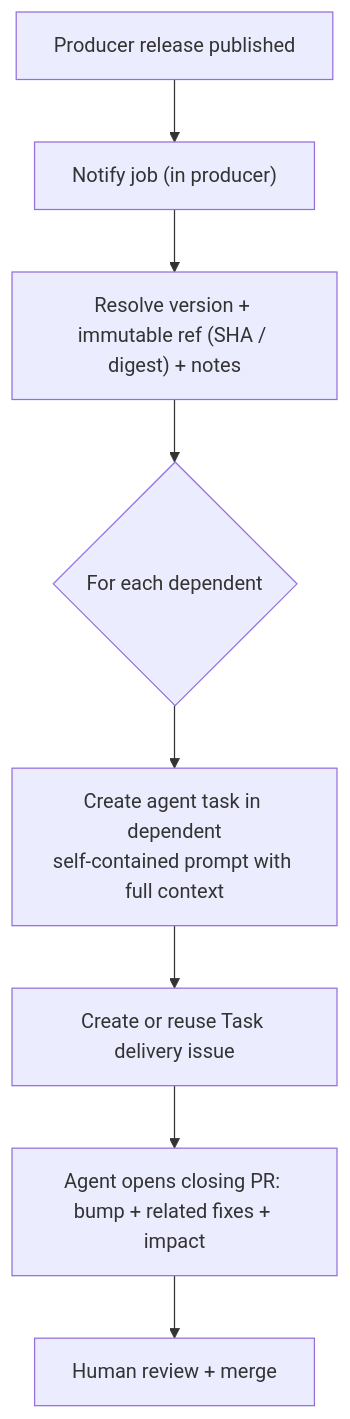
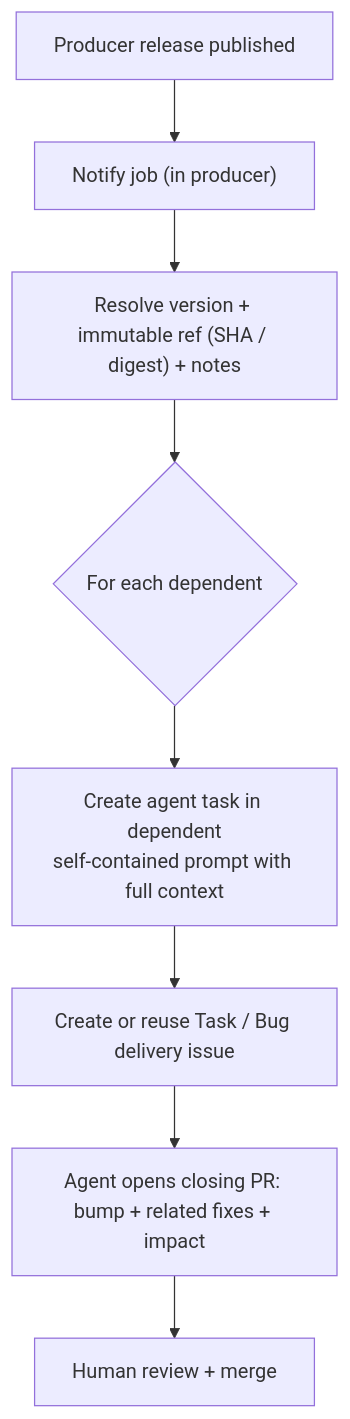
One commit to MSXOrg/docs changed the diagram in src/docs/Capabilities/downstream-release-propagation/design.md. Above: the diagram before and after it, drawn with Mermaid. The commit also changed other lines of this file and 4 other files, not shown here.

````diff
--- a/src/docs/Capabilities/downstream-release-propagation/design.md
+++ b/src/docs/Capabilities/downstream-release-propagation/design.md
@@ -16,10 +16,10 @@
 ```mermaid
 flowchart TD
   rel["Producer release published"] --> notify["Notify job (in producer)"]
   notify --> resolve["Resolve version + immutable ref (SHA / digest) + notes"]
   resolve --> fan{"For each dependent"}
   fan --> delegate["Create agent task in dependent<br/>self-contained prompt with full context"]
-  delegate --> issue["Create or reuse Task delivery issue"]
+  delegate --> issue["Create or reuse Task / Bug delivery issue"]
   issue --> pr["Agent opens closing PR: bump + related fixes + impact"]
   pr --> review["Human review + merge"]
 ```
````
